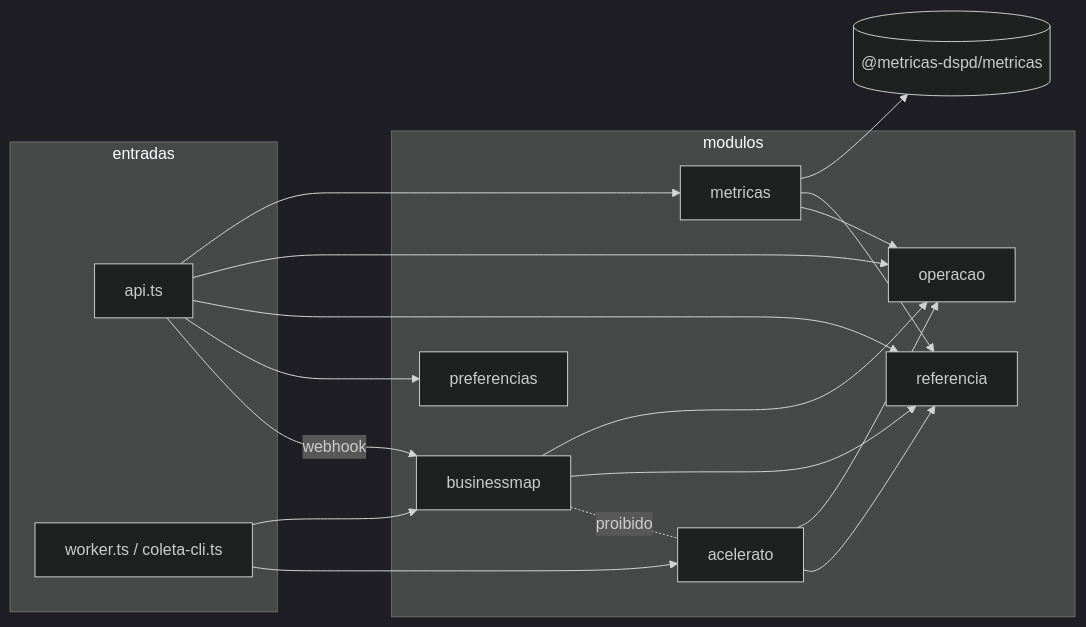
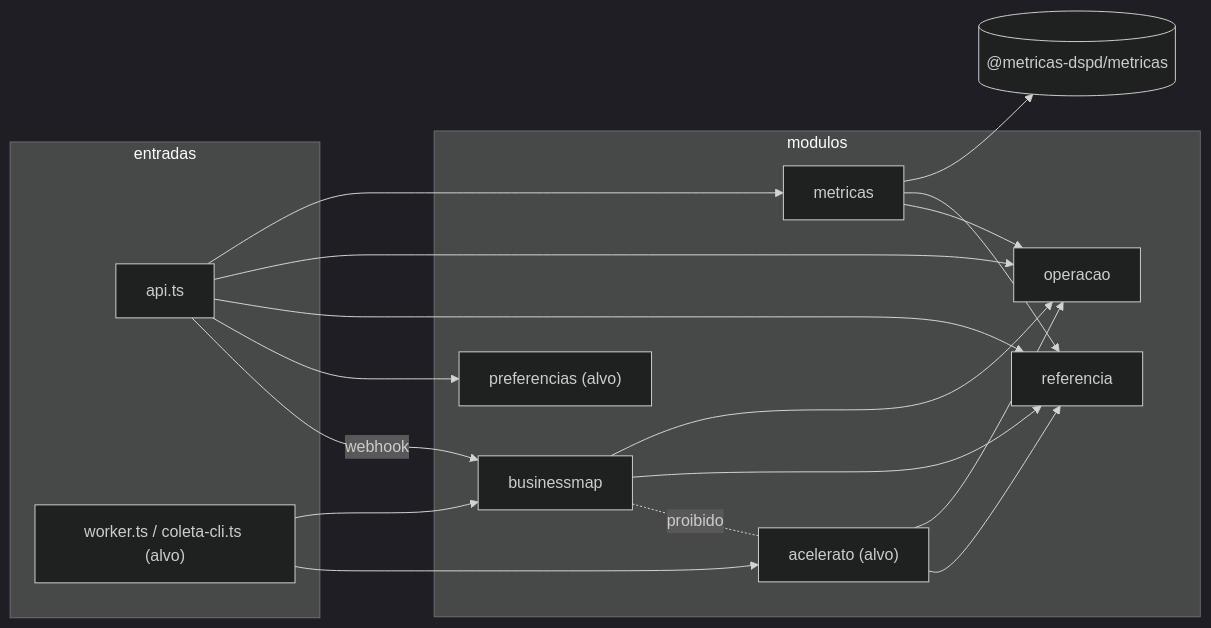
One commit to rodrigo-isensee/MetricasDSPD changed the third of 3 diagrams in docs/architecture/overview.md. Above: the diagram before and after it, drawn with Mermaid (dark theme). The commit also changed other lines of this file and 24 other files, not shown here.

````diff
--- a/docs/architecture/overview.md
+++ b/docs/architecture/overview.md
@@ -71,27 +74,27 @@
 ```mermaid
 flowchart LR
   subgraph entradas
     la["api.ts"]
-    lc["worker.ts / coleta-cli.ts"]
+    lc["worker.ts / coleta-cli.ts (alvo)"]
   end
   subgraph modulos
     bm["businessmap"]
-    ac["acelerato"]
+    ac["acelerato (alvo)"]
     ref["referencia"]
     met["metricas"]
     ops["operacao"]
-    pref["preferencias"]
+    pref["preferencias (alvo)"]
   end
   lib[("@metricas-dspd/metricas")]
   la --> met & ops & ref & pref
   la -->|webhook| bm
   lc --> bm & ac
   bm --> ops
   ac --> ops
   bm --> ref
   ac --> ref
   met --> lib
   met --> ref
   met --> ops
   bm -. "proibido" .- ac
 ```
````
